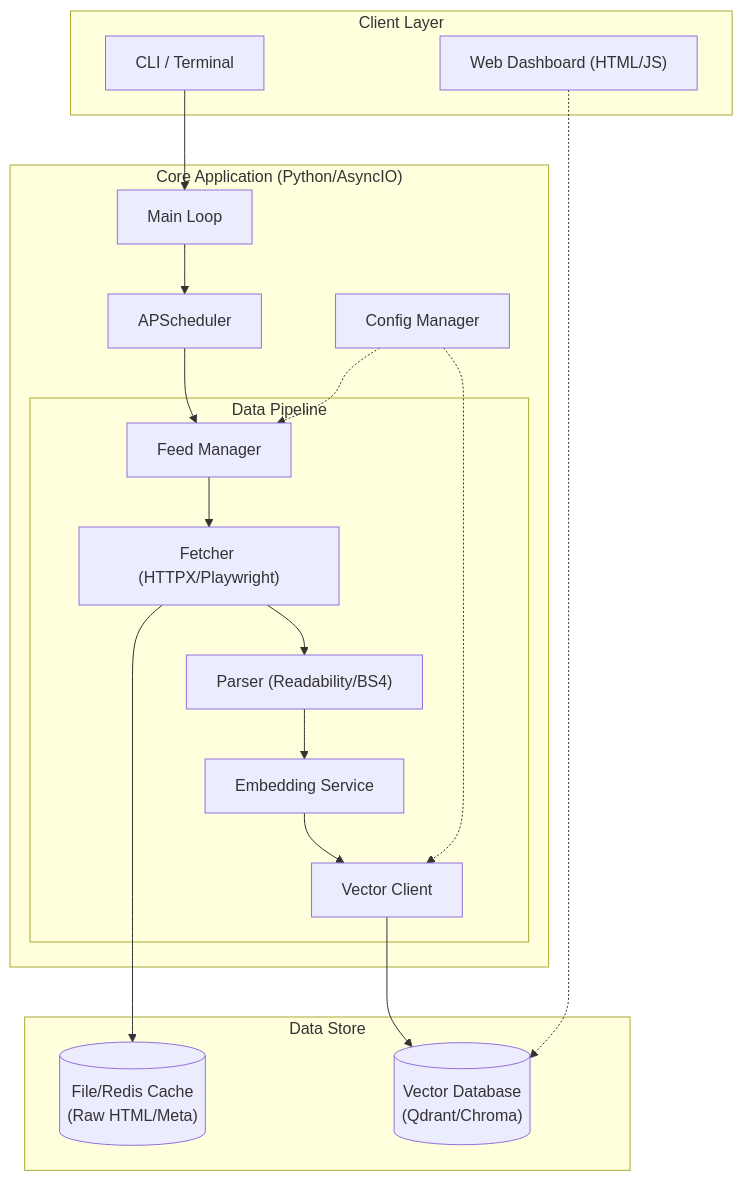
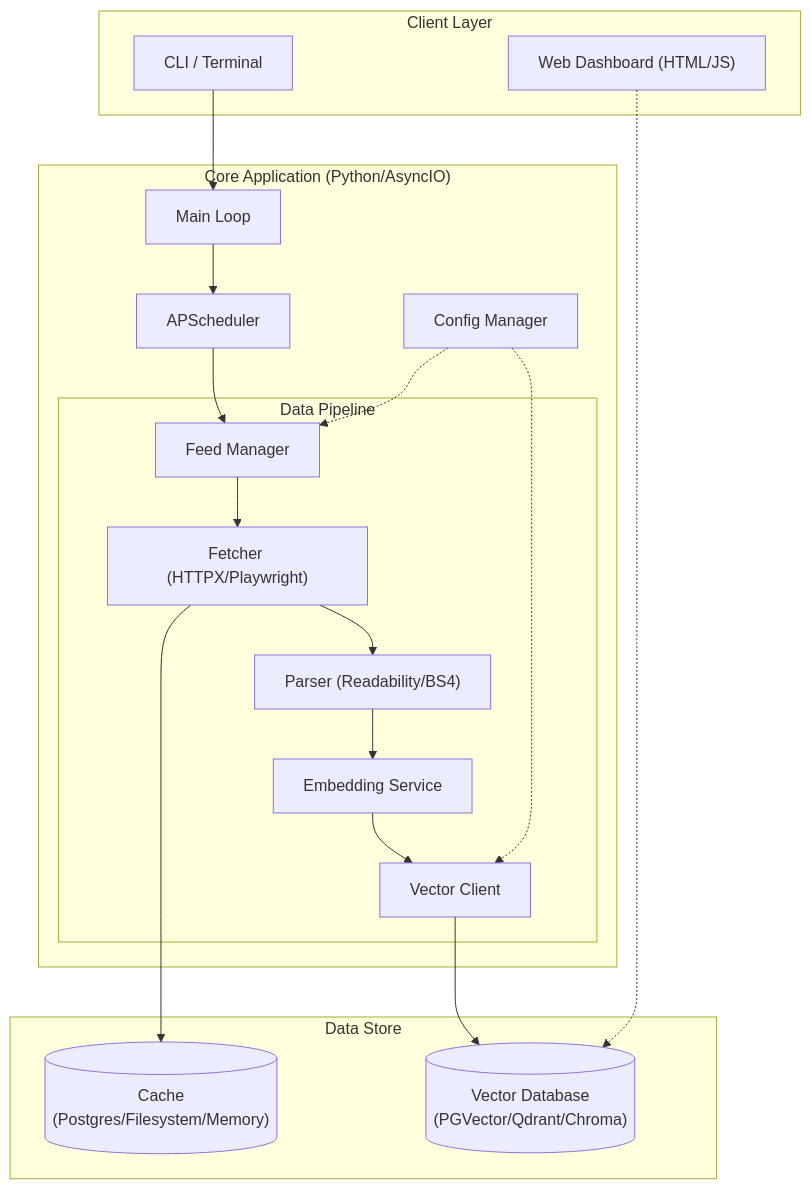
Before and after one commit to NickJLange/technical-blog-monitor: the diagram in doc/diagrams/component_architecture.mmd, drawn with Mermaid. The commit also changed 11 other files, not shown here.

```diff
--- a/doc/diagrams/component_architecture.mmd
+++ b/doc/diagrams/component_architecture.mmd
@@ -1,39 +1,39 @@
 graph TD
     subgraph Client["Client Layer"]
         CLI["CLI / Terminal"]
         Web["Web Dashboard (HTML/JS)"]
     end
 
     subgraph Core["Core Application (Python/AsyncIO)"]
         drive[Main Loop]
         sched[APScheduler]
         config[Config Manager]
         
         subgraph Pipeline["Data Pipeline"]
             feed[Feed Manager]
             fetch["Fetcher (HTTPX/Playwright)"]
             parse["Parser (Readability/BS4)"]
             embed[Embedding Service]
             vector[Vector Client]
         end
     end
 
     subgraph Storage["Data Store"]
-        cache[("File/Redis Cache\n(Raw HTML/Meta)")]
-        vdb[("Vector Database\n(Qdrant/Chroma)")]
+        cache[("Cache\n(Postgres/Filesystem/Memory)")]
+        vdb[("Vector Database\n(PGVector/Qdrant/Chroma)")]
     end
 
     CLI --> drive
     Web -.-> vdb
     
     drive --> sched
     sched --> feed
     feed --> fetch
     fetch --> cache
     fetch --> parse
     parse --> embed
     embed --> vector
     vector --> vdb
     
     config -.-> feed
     config -.-> vector
```
